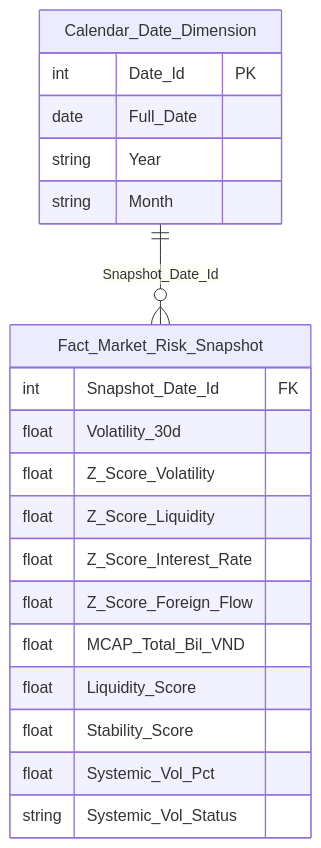
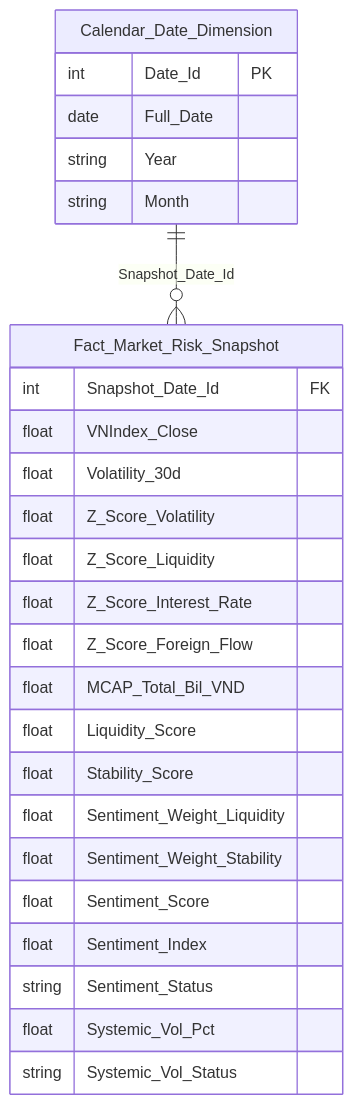
One commit to linhlvit/ubck_atomic_design changed diagram 15 of 51 in Datamart/hld/DTM_PTTT_HLD.md. Above: the diagram before and after it, drawn with Mermaid. The commit also changed other lines of this file and 11 other files, not shown here.

````diff
--- a/Datamart/hld/DTM_PTTT_HLD.md
+++ b/Datamart/hld/DTM_PTTT_HLD.md
@@ -731,23 +693,29 @@
 ```mermaid
 erDiagram
     Fact_Market_Risk_Snapshot {
         int Snapshot_Date_Id FK
+        float VNIndex_Close
         float Volatility_30d
         float Z_Score_Volatility
         float Z_Score_Liquidity
         float Z_Score_Interest_Rate
         float Z_Score_Foreign_Flow
         float MCAP_Total_Bil_VND
         float Liquidity_Score
         float Stability_Score
+        float Sentiment_Weight_Liquidity
+        float Sentiment_Weight_Stability
+        float Sentiment_Score
+        float Sentiment_Index
+        string Sentiment_Status
         float Systemic_Vol_Pct
         string Systemic_Vol_Status
     }
     Calendar_Date_Dimension {
         int Date_Id PK
         date Full_Date
         string Year
         string Month
     }
     Calendar_Date_Dimension ||--o{ Fact_Market_Risk_Snapshot : "Snapshot_Date_Id"
 ```
````
